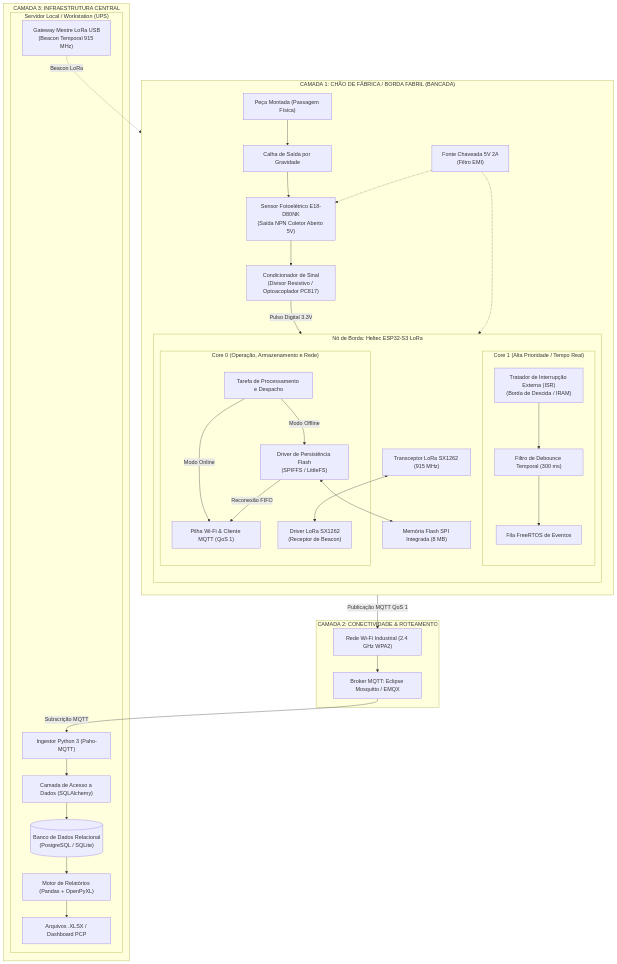
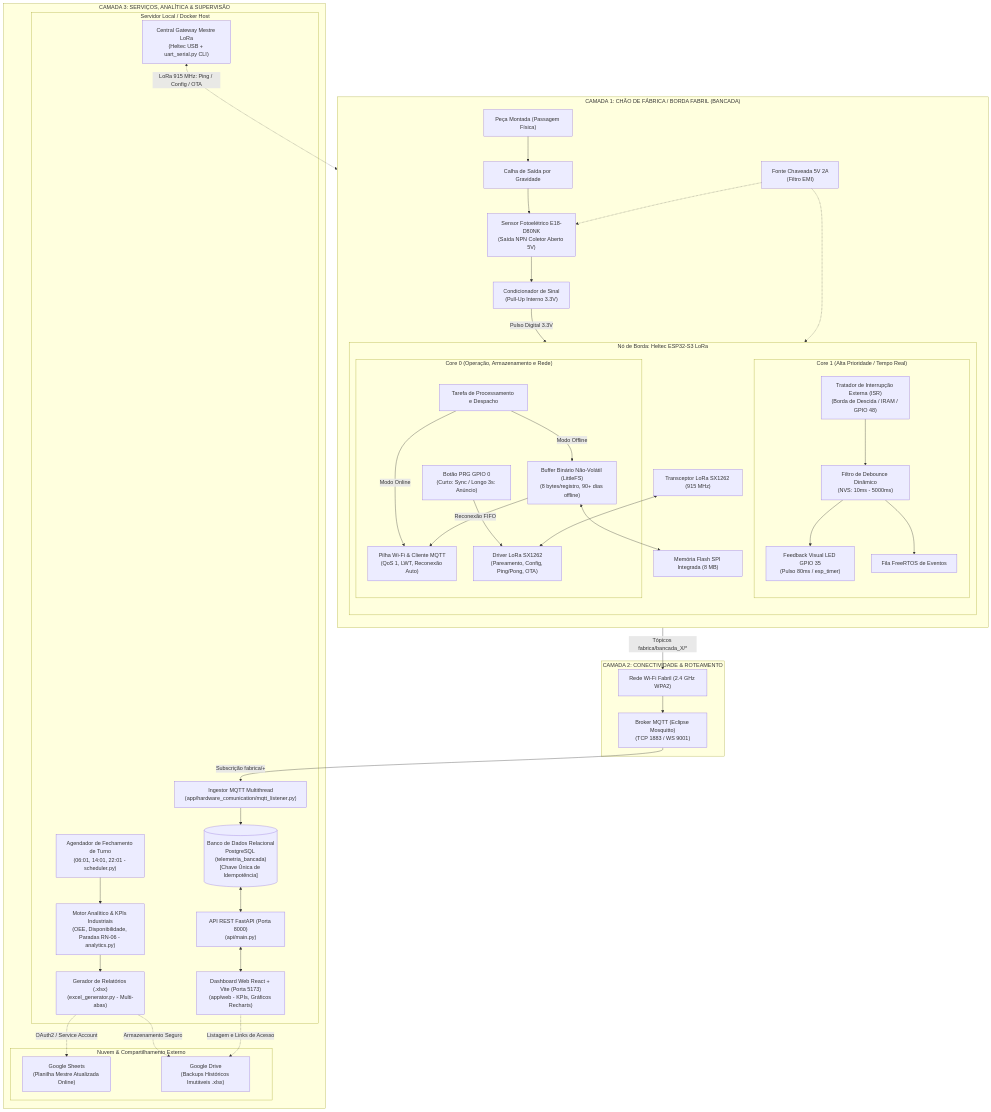
Before and after one commit to rodrigop07/EdgeBench: the first of 3 diagrams in README.md, drawn with Mermaid. The commit also changed other lines of this file, not shown here.

````diff
--- a/README.md
+++ b/README.md
@@ -74,64 +74,81 @@
 ```mermaid
 flowchart TD
     subgraph BANCADA["CAMADA 1: CHÃO DE FÁBRICA / BORDA FABRIL (BANCADA)"]
         direction TB
         
         PECA["Peça Montada (Passagem Física)"] --> CALHA["Calha de Saída por Gravidade"]
         CALHA --> SENSOR["Sensor Fotoelétrico E18-D80NK\n(Saída NPN Coletor Aberto 5V)"]
         FONTE["Fonte Chaveada 5V 2A\n(Filtro EMI)"] -.-> SENSOR
-        SENSOR --> COND["Condicionador de Sinal\n(Divisor Resistivo / Optoacoplador PC817)"]
+        SENSOR --> COND["Condicionador de Sinal\n(Pull-Up Interno 3.3V)"]
         
         subgraph HW_ESP32["Nó de Borda: Heltec ESP32-S3 LoRa"]
             direction TB
             
             subgraph CORE1["Core 1 (Alta Prioridade / Tempo Real)"]
-                ISR["Tratador de Interrupção Externa (ISR)\n(Borda de Descida / IRAM)"]
-                DEBOUNCE["Filtro de Debounce Temporal (300 ms)"]
+                ISR["Tratador de Interrupção Externa (ISR)\n(Borda de Descida / IRAM / GPIO 48)"]
+                DEBOUNCE["Filtro de Debounce Dinâmico\n(NVS: 10ms - 5000ms)"]
+                LED_PULSE["Feedback Visual LED GPIO 35\n(Pulso 80ms / esp_timer)"]
                 QUEUE_SENS["Fila FreeRTOS de Eventos"]
-                ISR --> DEBOUNCE --> QUEUE_SENS
+                ISR --> DEBOUNCE --> LED_PULSE
+                DEBOUNCE --> QUEUE_SENS
             end
 
             subgraph CORE0["Core 0 (Operação, Armazenamento e Rede)"]
                 TASK_PROC["Tarefa de Processamento e Despacho"]
-                FLASH_MGR["Driver de Persistência Flash\n(SPIFFS / LittleFS)"]
-                WIFI_MQTT["Pilha Wi-Fi & Cliente MQTT (QoS 1)"]
-                LORA_RX["Driver LoRa SX1262\n(Receptor de Beacon)"]
+                FLASH_MGR["Buffer Binário Não-Volátil (LittleFS)\n(8 bytes/registro, 90+ dias offline)"]
+                WIFI_MQTT["Pilha Wi-Fi & Cliente MQTT\n(QoS 1, LWT, Reconexão Auto)"]
+                LORA_RX["Driver LoRa SX1262\n(Pareamento, Config, Ping/Pong, OTA)"]
+                BTN_MGR["Botão PRG GPIO 0\n(Curto: Sync / Longo 3s: Anúncio)"]
                 
                 TASK_PROC -->|Modo Offline| FLASH_MGR
                 TASK_PROC -->|Modo Online| WIFI_MQTT
                 FLASH_MGR -->|Reconexão FIFO| WIFI_MQTT
+                BTN_MGR --> LORA_RX
             end
 
             FLASH_MEM["Memória Flash SPI Integrada (8 MB)"]
             RADIO_LORA["Transceptor LoRa SX1262 (915 MHz)"]
             
             FLASH_MGR <--> FLASH_MEM
             RADIO_LORA <--> LORA_RX
         end
 
         COND -->|Pulso Digital 3.3V| ISR
         FONTE -.-> HW_ESP32
     end
 
     subgraph REDE["CAMADA 2: CONECTIVIDADE & ROTEAMENTO"]
-        WIFI_NET["Rede Wi-Fi Industrial (2.4 GHz WPA2)"]
-        BROKER["Broker MQTT: Eclipse Mosquitto / EMQX"]
-        WIFI_MQTT -->|Publicação MQTT QoS 1| WIFI_NET --> BROKER
+        WIFI_NET["Rede Wi-Fi Fabril (2.4 GHz WPA2)"]
+        BROKER["Broker MQTT (Eclipse Mosquitto)\n(TCP 1883 / WS 9001)"]
+        WIFI_MQTT -->|Tópicos fabrica/bancada_X/*| WIFI_NET --> BROKER
     end
 
-    subgraph BACKEND["CAMADA 3: INFRAESTRUTURA CENTRAL"]
-        subgraph HW_SERVER["Servidor Local / Workstation (UPS)"]
-            GW_LORA["Gateway Mestre LoRa USB\n(Beacon Temporal 915 MHz)"]
-            INGESTOR["Ingestor Python 3 (Paho-MQTT)"]
-            ORM["Camada de Acesso a Dados (SQLAlchemy)"]
-            DB[("Banco de Dados Relacional\n(PostgreSQL / SQLite)")]
-            REPORTS["Motor de Relatórios (Pandas + OpenPyXL)"]
-            PCP["Arquivos .XLSX / Dashboard PCP"]
+    subgraph BACKEND["CAMADA 3: SERVIÇOS, ANALÍTICA & SUPERVISÃO"]
+        subgraph LOCAL_HOST["Servidor Local / Docker Host"]
+            GW_CENTRAL["Central Gateway Mestre LoRa\n(Heltec USB + uart_serial.py CLI)"]
+            INGESTOR["Ingestor MQTT Multithread\n(app/hardware_comunication/mqtt_listener.py)"]
+            SCHEDULER["Agendador de Fechamento de Turno\n(06:01, 14:01, 22:01 - scheduler.py)"]
+            DB[("Banco de Dados Relacional\nPostgreSQL (telemetria_bancada)\n[Chave Única de Idempotência]")]
+            ANALYTICS["Motor Analítico & KPIs Industriais\n(OEE, Disponibilidade, Paradas RN-06 - analytics.py)"]
+            API_REST["API REST FastAPI (Porta 8000)\n(api/main.py)"]
+            WEB_DASH["Dashboard Web React + Vite (Porta 5173)\n(app/web - KPIs, Gráficos Recharts)"]
+            EXCEL_GEN["Gerador de Relatórios (.xlsx)\n(excel_generator.py - Multi-abas)"]
             
-            GW_LORA -.->|Beacon LoRa| RADIO_LORA
-            BROKER -->|Subscrição MQTT| INGESTOR
-            INGESTOR --> ORM --> DB
-            DB --> REPORTS --> PCP
+            GW_CENTRAL <-.->|LoRa 915 MHz: Ping / Config / OTA| RADIO_LORA
+            BROKER -->|Subscrição fabrica/+| INGESTOR
+            INGESTOR --> DB
+            SCHEDULER --> ANALYTICS --> EXCEL_GEN
+            DB <--> API_REST
+            API_REST <--> WEB_DASH
+        end
+
+        subgraph CLOUD["Nuvem & Compartilhamento Externo"]
+            GSHEETS["Google Sheets\n(Planilha Mestre Atualizada Online)"]
+            GDRIVE["Google Drive\n(Backups Históricos Imutáveis .xlsx)"]
+            
+            EXCEL_GEN -.->|OAuth2 / Service Account| GSHEETS
+            EXCEL_GEN -.->|Armazenamento Seguro| GDRIVE
+            WEB_DASH -.->|Listagem e Links de Acesso| GDRIVE
         end
     end
 ```
````
